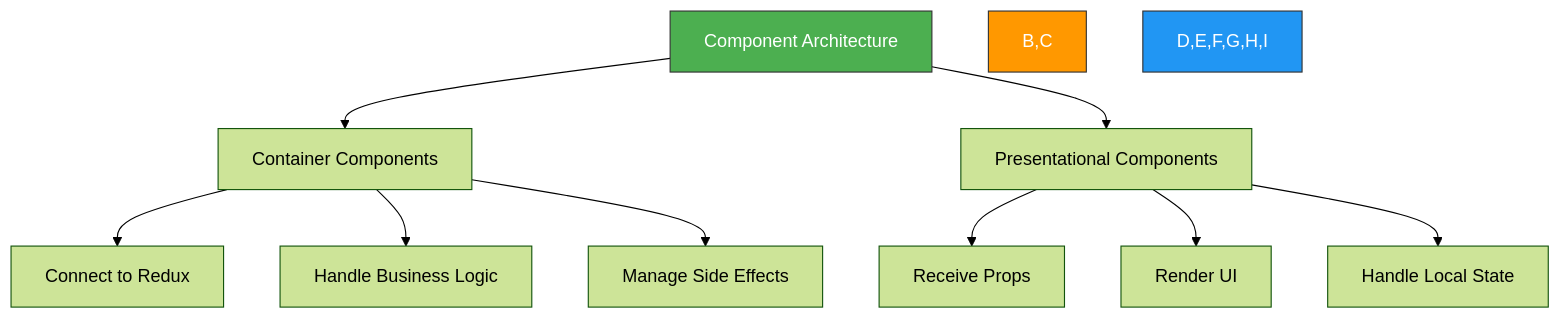
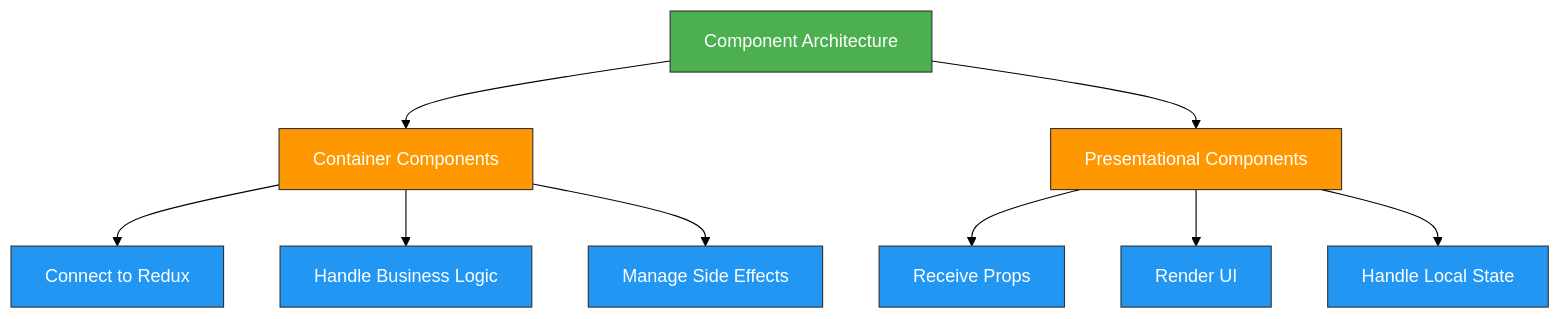
One commit to TuPhung369/Haaga_Backend_Programming changed the fifth of 5 diagrams in TuPhung_Docs/docs/frontend/state-management.md. Above: the diagram before and after it, drawn with Mermaid (forest theme). The commit also changed other lines of this file and 25 other files, not shown here.

````diff
--- a/TuPhung_Docs/docs/frontend/state-management.md
+++ b/TuPhung_Docs/docs/frontend/state-management.md
@@ -336,17 +346,21 @@
 ```mermaid
 flowchart TD
     A[Component Architecture] --> B[Container Components]
     A --> C[Presentational Components]
 
     B --> D[Connect to Redux]
     B --> E[Handle Business Logic]
     B --> F[Manage Side Effects]
 
     C --> G[Receive Props]
     C --> H[Render UI]
     C --> I[Handle Local State]
 
-    style A fill:#4CAF50,stroke:#333,stroke-width:1px,color:#fff
-    style B,C fill:#FF9800,stroke:#333,stroke-width:1px,color:#fff
-    style D,E,F,G,H,I fill:#2196F3,stroke:#333,stroke-width:1px,color:#fff
+    classDef architecture fill:#4CAF50,stroke:#333,stroke-width:1px,color:#fff
+    classDef componentType fill:#FF9800,stroke:#333,stroke-width:1px,color:#fff
+    classDef responsibility fill:#2196F3,stroke:#333,stroke-width:1px,color:#fff
+
+    class A architecture
+    class B,C componentType
+    class D,E,F,G,H,I responsibility
 ```
````
